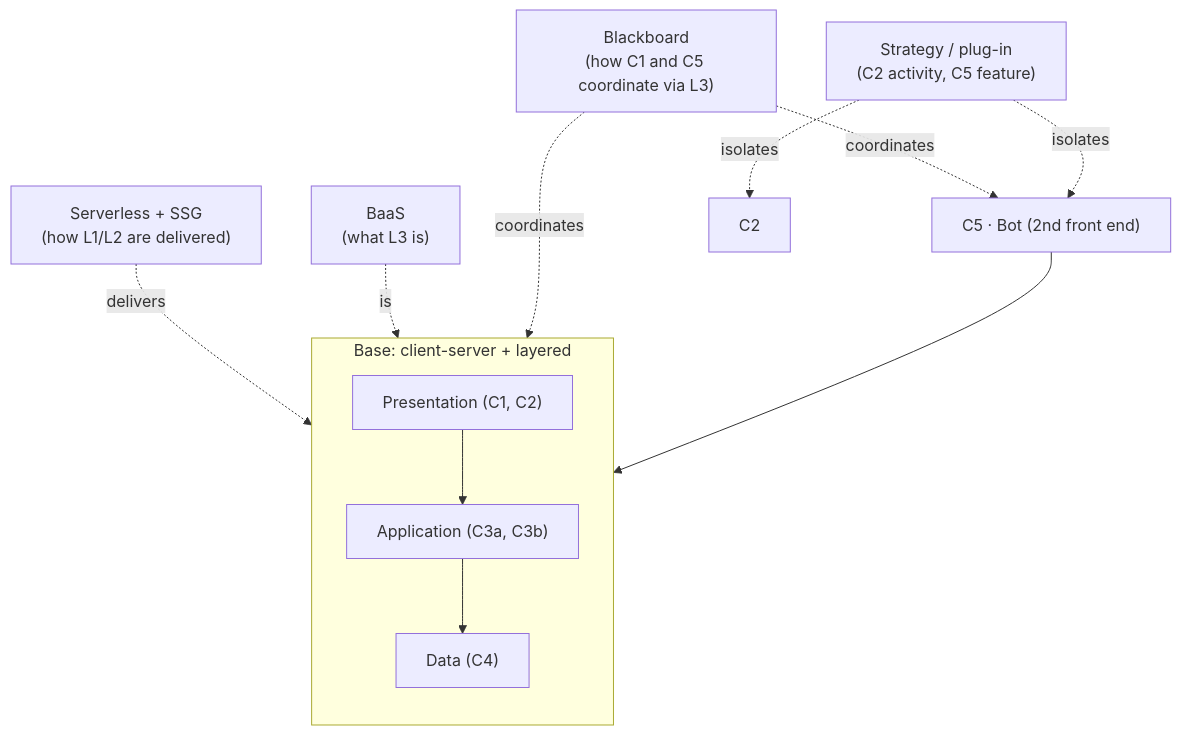
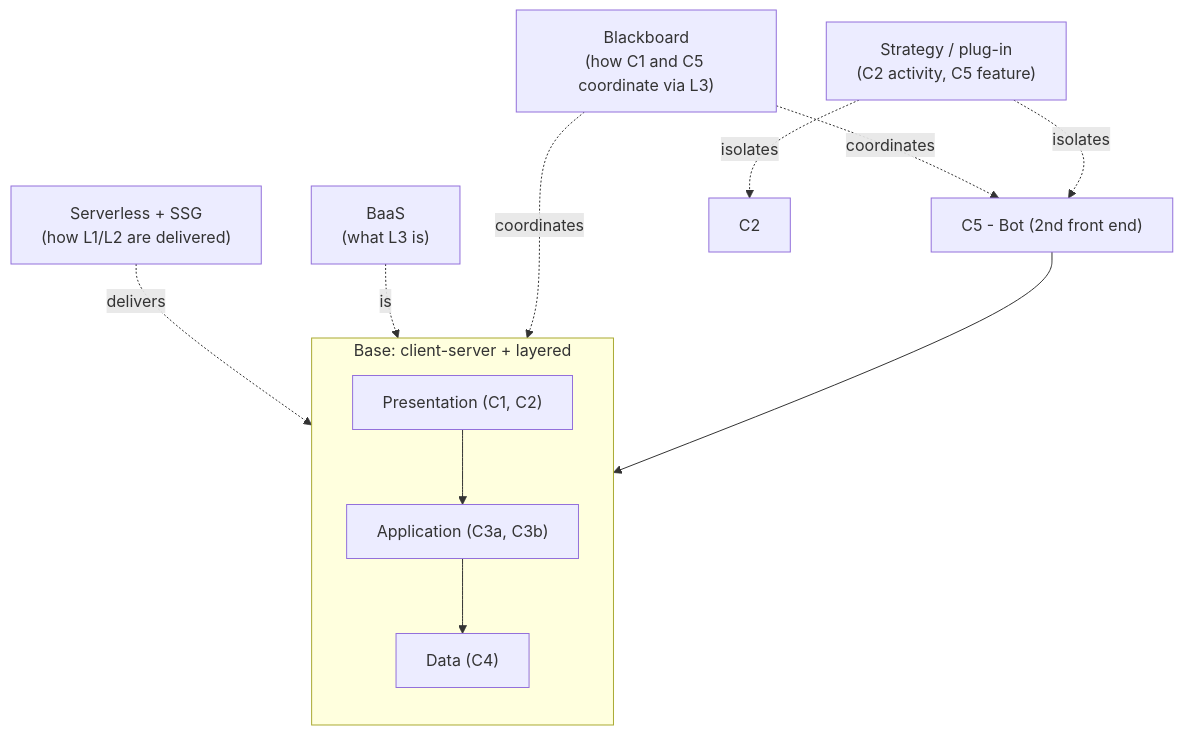
One commit to PyaesoneP/enroot-g5 changed the diagram in docs/04-architectural-style.md. Above: the diagram before and after it, drawn with Mermaid. The commit also changed other lines of this file and 5 other files, not shown here.

````diff
--- a/docs/04-architectural-style.md
+++ b/docs/04-architectural-style.md
@@ -182,25 +182,25 @@
 ```mermaid
 flowchart TB
-    subgraph base ["Base: client-server + layered"]
-        direction TB
-        L1["Presentation (C1, C2)"]
-        L2["Application (C3a, C3b)"]
-        L3["Data (C4)"]
-        L1 --> L2 --> L3
-    end
+  subgraph base ["Base: client-server + layered"]
+    direction TB
+    L1["Presentation (C1, C2)"]
+    L2["Application (C3a, C3b)"]
+    L3["Data (C4)"]
+    L1 --> L2 --> L3
+  end
 
-    styleA["Serverless + SSG<br/>(how L1/L2 are delivered)"]
-    styleB["BaaS<br/>(what L3 is)"]
-    styleC["Blackboard<br/>(how C1 and C5 coordinate via L3)"]
-    styleD["Strategy / plug-in<br/>(C2 activity, C5 feature)"]
+  styleA["Serverless + SSG<br/>(how L1/L2 are delivered)"]
+  styleB["BaaS<br/>(what L3 is)"]
+  styleC["Blackboard<br/>(how C1 and C5 coordinate via L3)"]
+  styleD["Strategy / plug-in<br/>(C2 activity, C5 feature)"]
 
-    C5["C5 · Bot (2nd front end)"]
+  C5["C5 - Bot (2nd front end)"]
 
-    styleA -. delivers .-> L1
-    styleB -. is .-> L3
-    styleC -. coordinates .-> L3
-    styleC -. coordinates .-> C5
-    styleD -. isolates .-> C2
-    styleD -. isolates .-> C5
-    C5 --> L3
+  styleA -. delivers .-> L1
+  styleB -. is .-> L3
+  styleC -. coordinates .-> L3
+  styleC -. coordinates .-> C5
+  styleD -. isolates .-> C2
+  styleD -. isolates .-> C5
+  C5 --> L3
 ```
````
